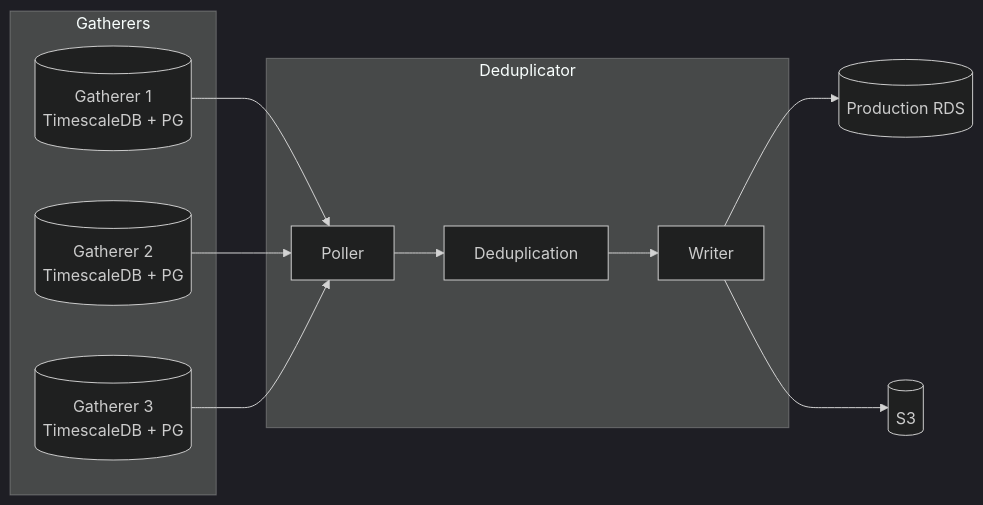
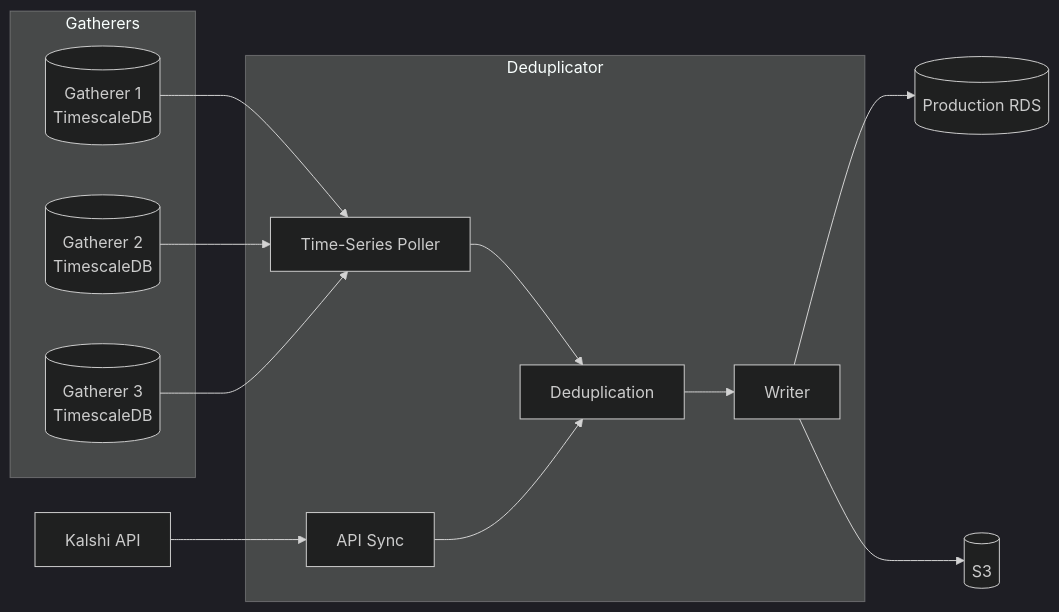
Before and after one commit to Projectsrxg/kalshi_v2: the first of 3 diagrams in docs/kalshi-data/architecture/deduplicator.md, drawn with Mermaid (dark theme). The commit also changed other lines of this file and 27 other files, not shown here.

````diff
--- a/docs/kalshi-data/architecture/deduplicator.md
+++ b/docs/kalshi-data/architecture/deduplicator.md
@@ -9,22 +9,27 @@
 ```mermaid
 flowchart LR
     subgraph Gatherers
-        G1[(Gatherer 1\nTimescaleDB + PG)]
-        G2[(Gatherer 2\nTimescaleDB + PG)]
-        G3[(Gatherer 3\nTimescaleDB + PG)]
+        G1[(Gatherer 1\nTimescaleDB)]
+        G2[(Gatherer 2\nTimescaleDB)]
+        G3[(Gatherer 3\nTimescaleDB)]
     end
 
+    KALSHI[Kalshi API]
+
     subgraph Deduplicator
-        POLL[Poller]
+        POLL[Time-Series Poller]
+        API_SYNC[API Sync]
         DEDUP[Deduplication]
         WRITE[Writer]
     end
 
     G1 --> POLL
     G2 --> POLL
     G3 --> POLL
+    KALSHI --> API_SYNC
     POLL --> DEDUP
+    API_SYNC --> DEDUP
     DEDUP --> WRITE
     WRITE --> PROD[(Production RDS)]
     WRITE --> S3[(S3)]
 ```
````
